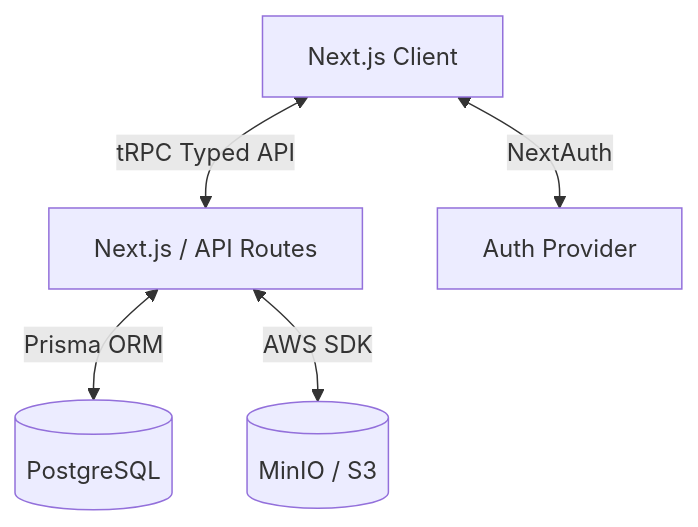
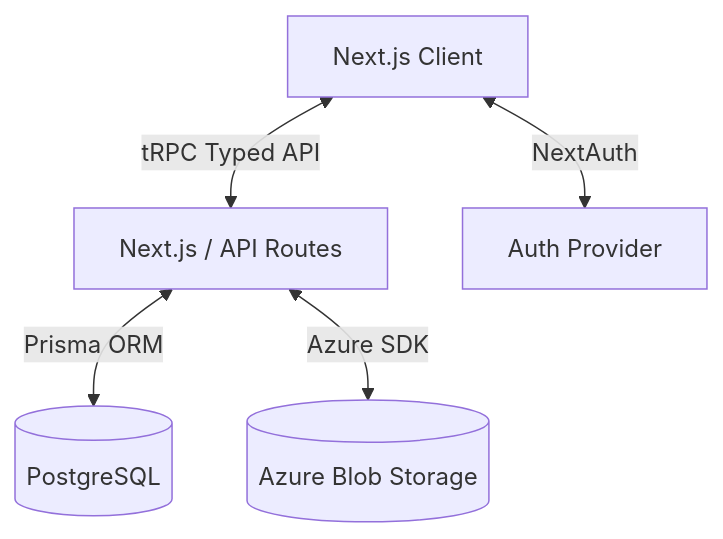
The diagram in README.md (build-iiit/NotesIIIT), drawn with Mermaid before and after one commit. The commit also changed other lines of this file and 174 other files, not shown here.

````diff
--- a/README.md
+++ b/README.md
@@ -36,7 +36,7 @@
 ```mermaid
 flowchart TD
     Client[Next.js Client] <-->|tRPC Typed API| Server[Next.js / API Routes]
     Server <-->|Prisma ORM| DB[(PostgreSQL)]
-    Server <-->|AWS SDK| Storage[(MinIO / S3)]
+    Server <-->|Azure SDK| Storage[(Azure Blob Storage)]
     Client <-->|NextAuth| Auth[Auth Provider]
 ```
````
